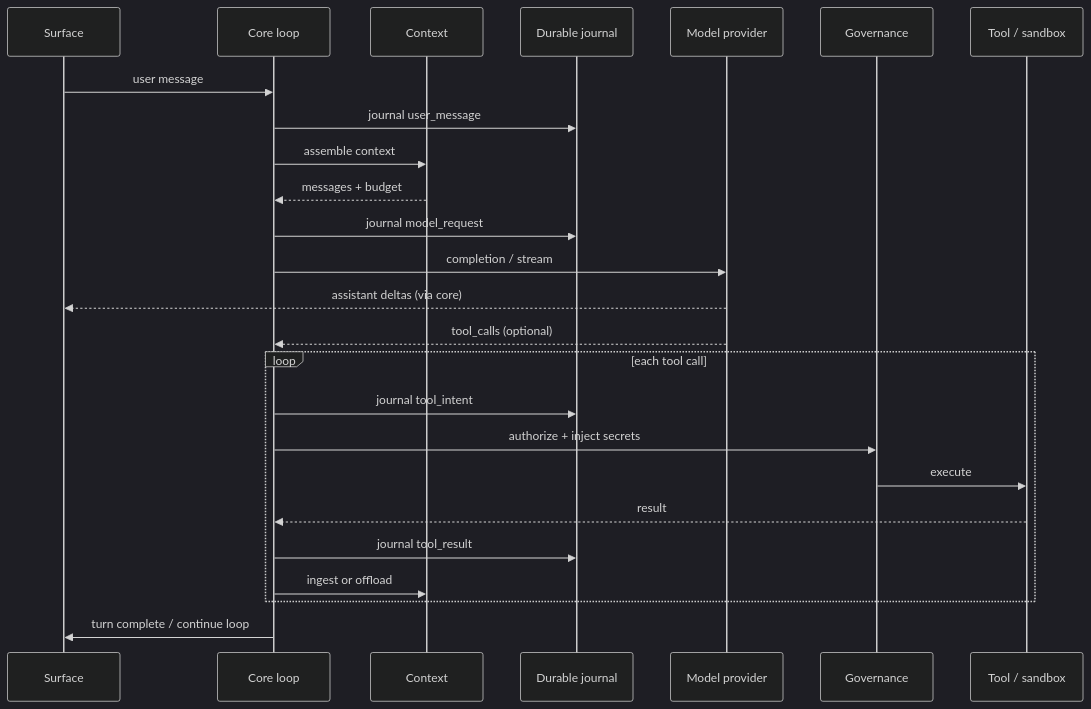
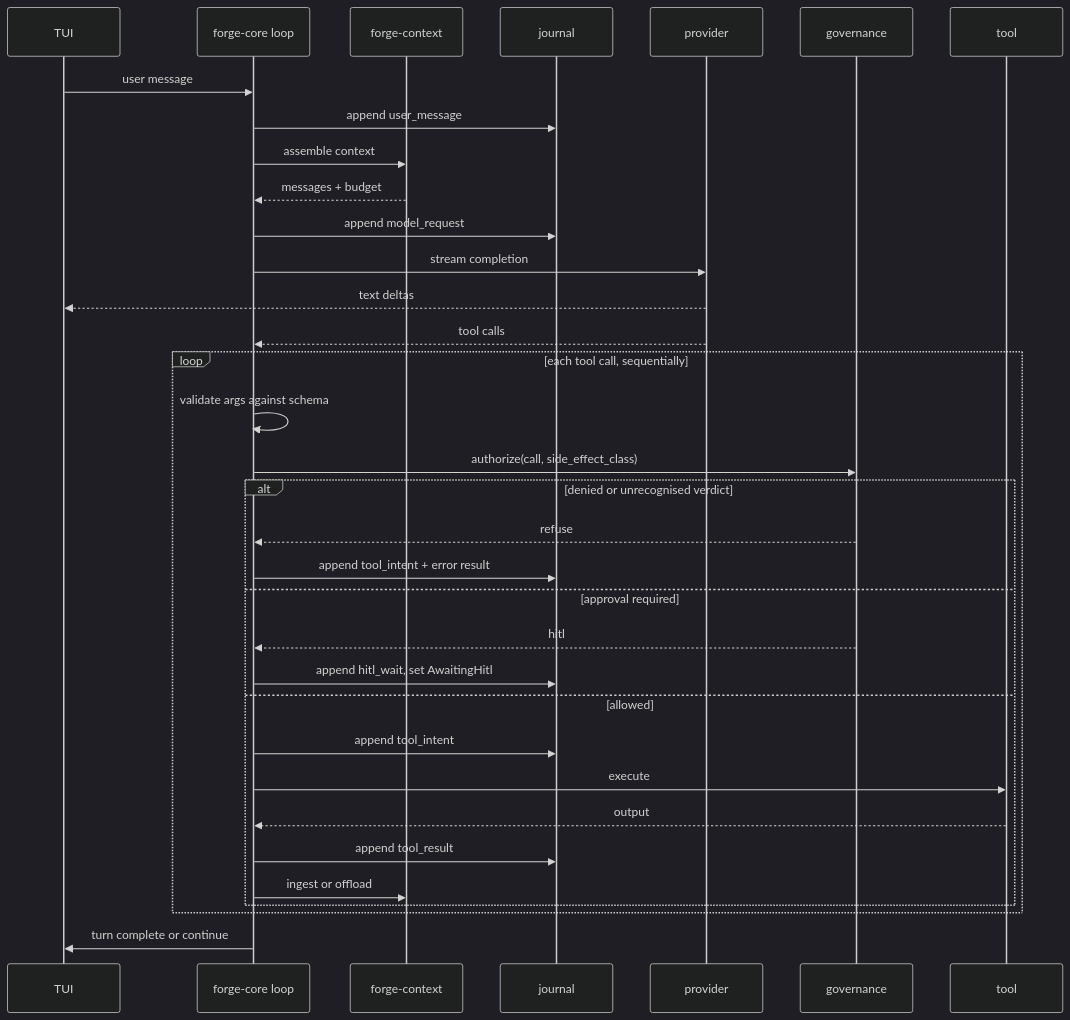
The third of 3 diagrams in docs/architecture.md (NorviaLabs/forge), drawn with Mermaid (dark theme) before and after one commit. The commit also changed other lines of this file and 3 other files, not shown here.

First line of the commit message:
Rewrite architecture.md to describe the shipped implementation

````diff
--- a/docs/architecture.md
+++ b/docs/architecture.md
@@ -369,28 +232,37 @@
 ```mermaid
 sequenceDiagram
-  participant S as Surface
-  participant C as Core loop
-  participant X as Context
-  participant D as Durable journal
-  participant M as Model provider
-  participant G as Governance
-  participant T as Tool / sandbox
+  participant S as TUI
+  participant C as forge-core loop
+  participant X as forge-context
+  participant D as journal
+  participant M as provider
+  participant G as governance
+  participant T as tool
 
   S->>C: user message
-  C->>D: journal user_message
+  C->>D: append user_message
   C->>X: assemble context
   X-->>C: messages + budget
-  C->>D: journal model_request
-  C->>M: completion / stream
-  M-->>S: assistant deltas (via core)
-  M-->>C: tool_calls (optional)
-  loop each tool call
-    C->>D: journal tool_intent
-    C->>G: authorize + inject secrets
-    G->>T: execute
-    T-->>C: result
-    C->>D: journal tool_result
-    C->>X: ingest or offload
+  C->>D: append model_request
+  C->>M: stream completion
+  M-->>S: text deltas
+  M-->>C: tool calls
+  loop each tool call, sequentially
+    C->>C: validate args against schema
+    C->>G: authorize(call, side_effect_class)
+    alt denied or unrecognised verdict
+      G-->>C: refuse
+      C->>D: append tool_intent + error result
+    else approval required
+      G-->>C: hitl
+      C->>D: append hitl_wait, set AwaitingHitl
+    else allowed
+      C->>D: append tool_intent
+      C->>T: execute
+      T-->>C: output
+      C->>D: append tool_result
+      C->>X: ingest or offload
+    end
   end
-  C->>S: turn complete / continue loop
+  C->>S: turn complete or continue
 ```
````
